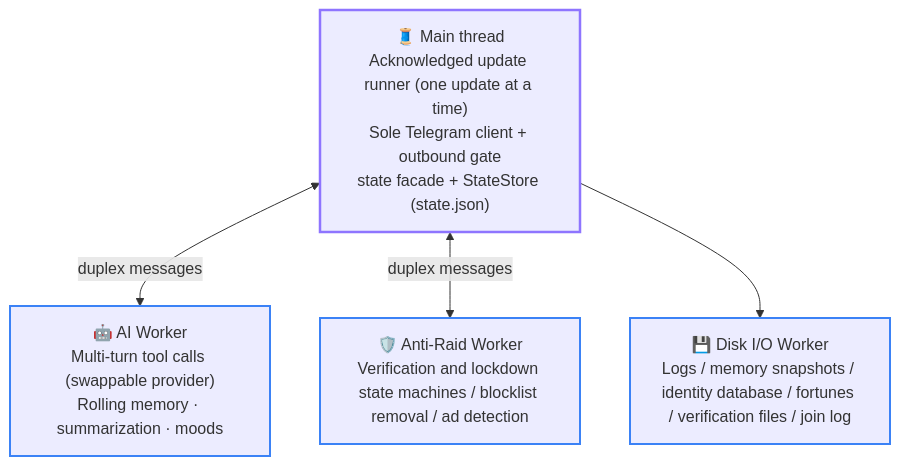
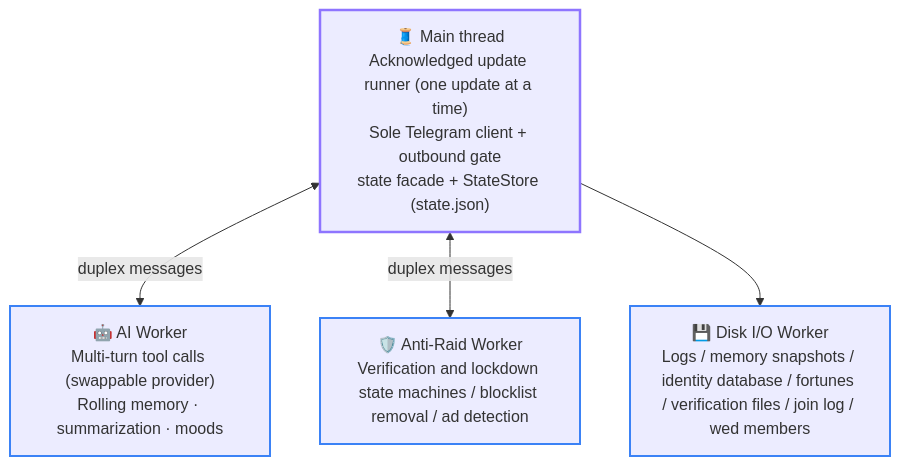
The first of 2 diagrams in docs/en/02-architecture.md (Asashishi/copy_ninjia), drawn with Mermaid before and after one commit. The commit also changed other lines of this file and 313 other files, not shown here.

````diff
--- a/docs/en/02-architecture.md
+++ b/docs/en/02-architecture.md
@@ -17,14 +17,14 @@
 ```mermaid
 flowchart TD
     classDef main stroke:#8e75ff,stroke-width:2.5px;
     classDef worker stroke:#3b82f6,stroke-width:2px;
 
     MAIN["🧵 Main thread<br/>Acknowledged update runner (one update at a time)<br/>Sole Telegram client + outbound gate<br/>state facade + StateStore (state.json)"]:::main
     AI["🤖 AI Worker<br/>Multi-turn tool calls (swappable provider)<br/>Rolling memory · summarization · moods"]:::worker
     RAID["🛡️ Anti-Raid Worker<br/>Verification and lockdown state machines / blocklist removal / ad detection"]:::worker
-    DISK["💾 Disk I/O Worker<br/>Logs / memory snapshots / identity database / fortunes / verification files / join log"]:::worker
+    DISK["💾 Disk I/O Worker<br/>Logs / memory snapshots / identity database / fortunes / verification files / join log / wed members"]:::worker
 
     MAIN <-->|duplex messages| AI
     MAIN <-->|duplex messages| RAID
     MAIN --> DISK
 ```
````
